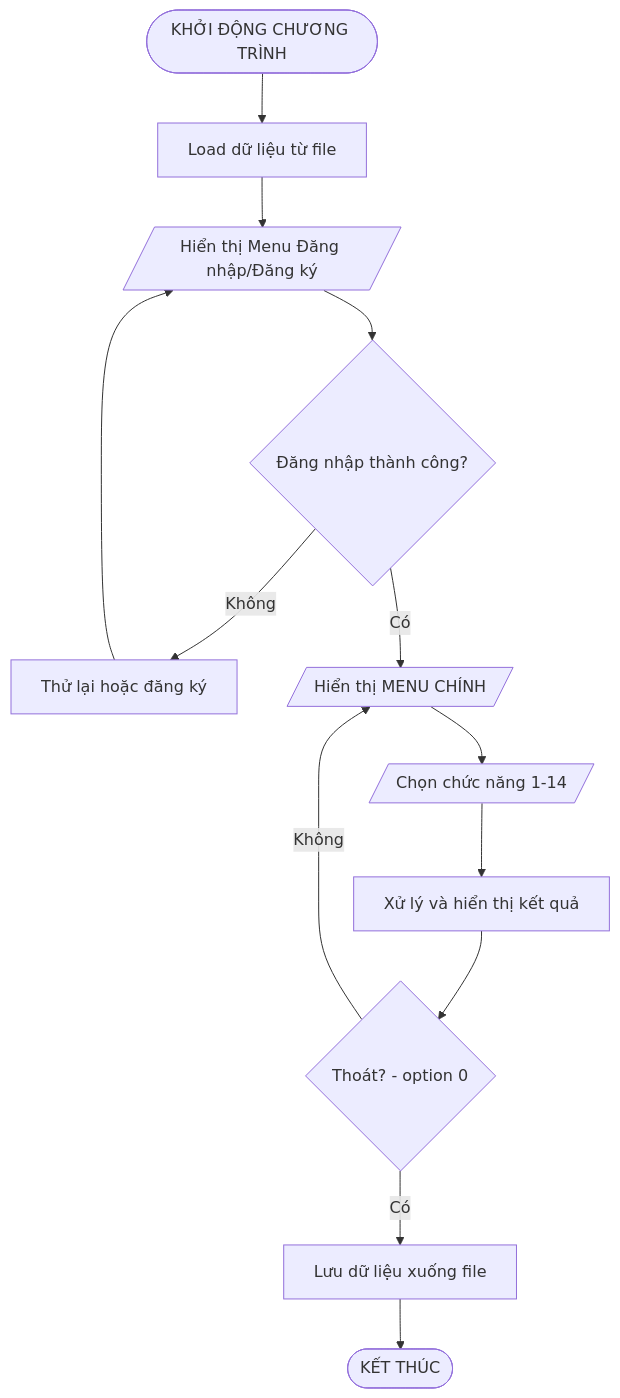
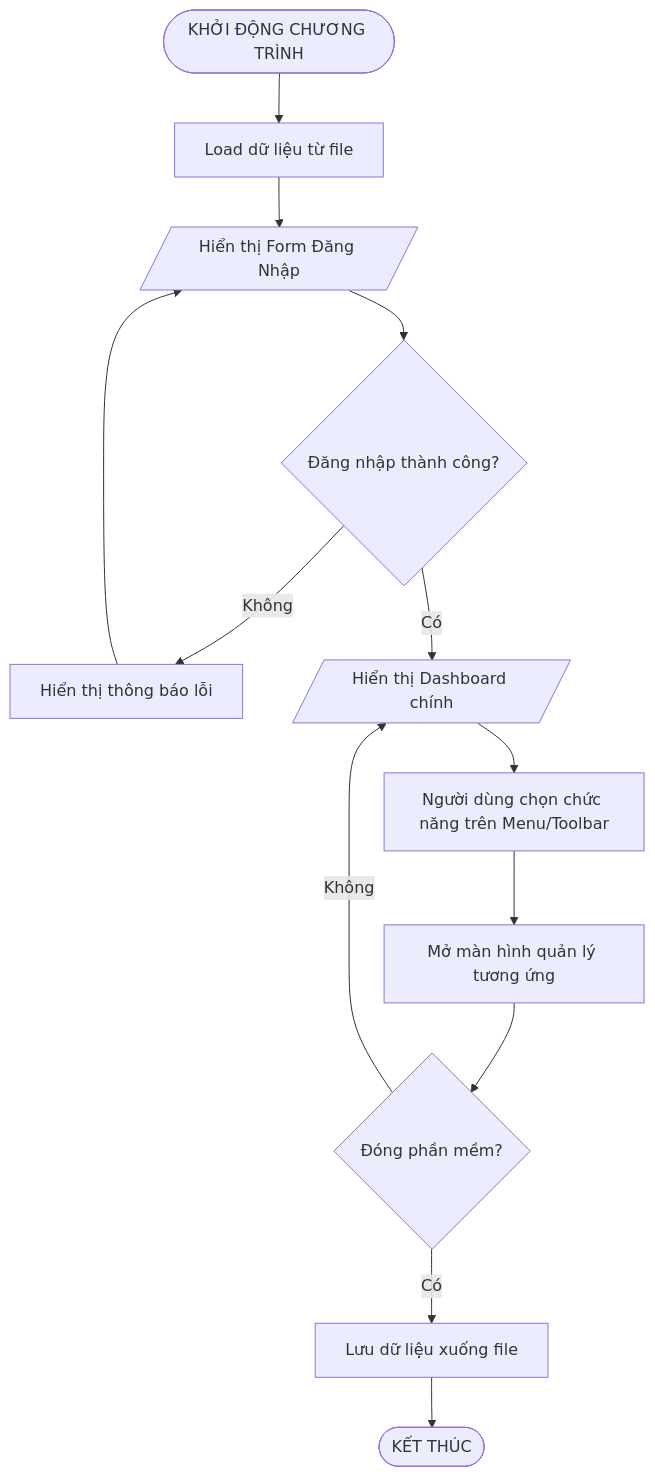
The first of 22 diagrams in docs/Flowcharts/Flowcharts.md (phucphuc2006/pro-192), drawn with Mermaid before and after one commit. The commit also changed other lines of this file and 24 other files, not shown here.

Commit message:
Update flowcharts to reflect GUI implementation and commit source code changes

````diff
--- a/docs/Flowcharts/Flowcharts.md
+++ b/docs/Flowcharts/Flowcharts.md
@@ -13,15 +13,15 @@
 ```mermaid
 flowchart TD
     A([KHỞI ĐỘNG CHƯƠNG TRÌNH]) --> B[Load dữ liệu từ file]
-    B --> C[/Hiển thị Menu Đăng nhập/Đăng ký/]
+    B --> C[/Hiển thị Form Đăng Nhập/]
     C --> D{Đăng nhập thành công?}
-    D -->|Không| E[Thử lại hoặc đăng ký]
+    D -->|Không| E[Hiển thị thông báo lỗi]
     E --> C
-    D -->|Có| F[/Hiển thị MENU CHÍNH/]
-    F --> G[/Chọn chức năng 1-14/]
-    G --> H[Xử lý và hiển thị kết quả]
-    H --> I{Thoát? - option 0}
+    D -->|Có| F[/Hiển thị Dashboard chính/]
+    F --> G[Người dùng chọn chức năng trên Menu/Toolbar]
+    G --> H[Mở màn hình quản lý tương ứng]
+    H --> I{Đóng phần mềm?}
     I -->|Không| F
     I -->|Có| J[Lưu dữ liệu xuống file]
     J --> K([KẾT THÚC])
 ```
````
